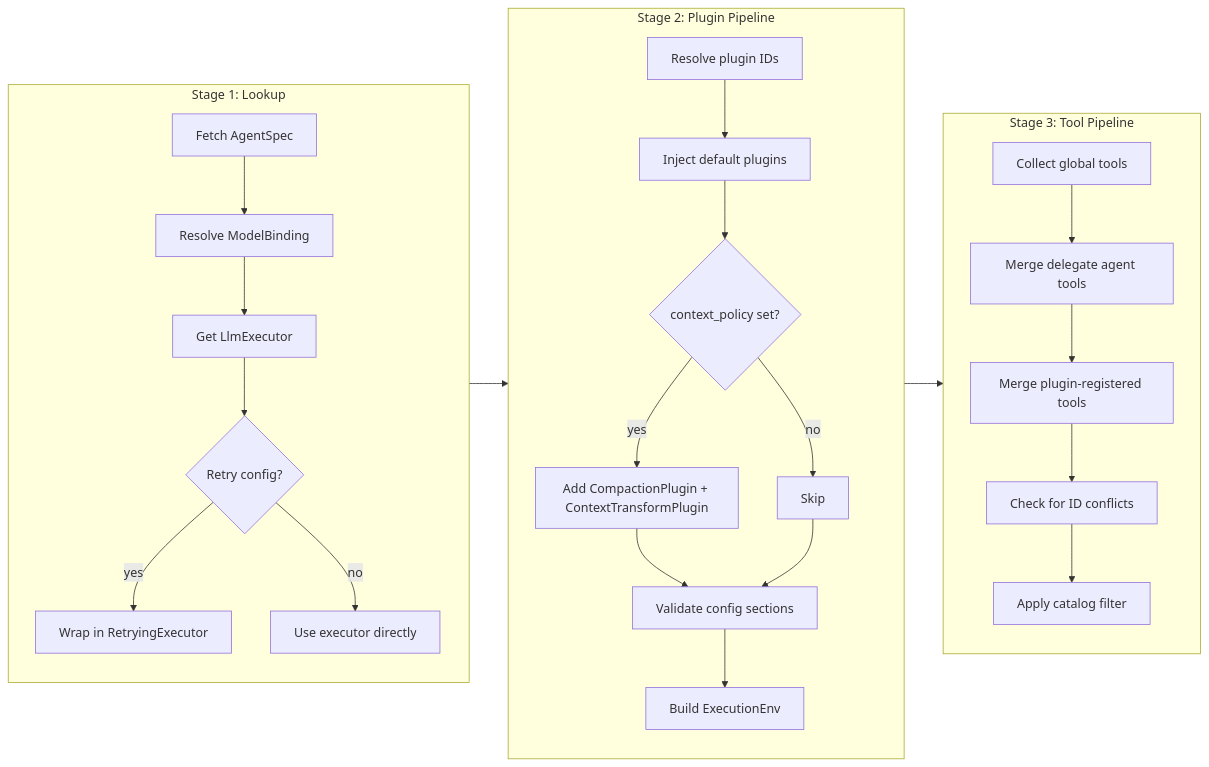
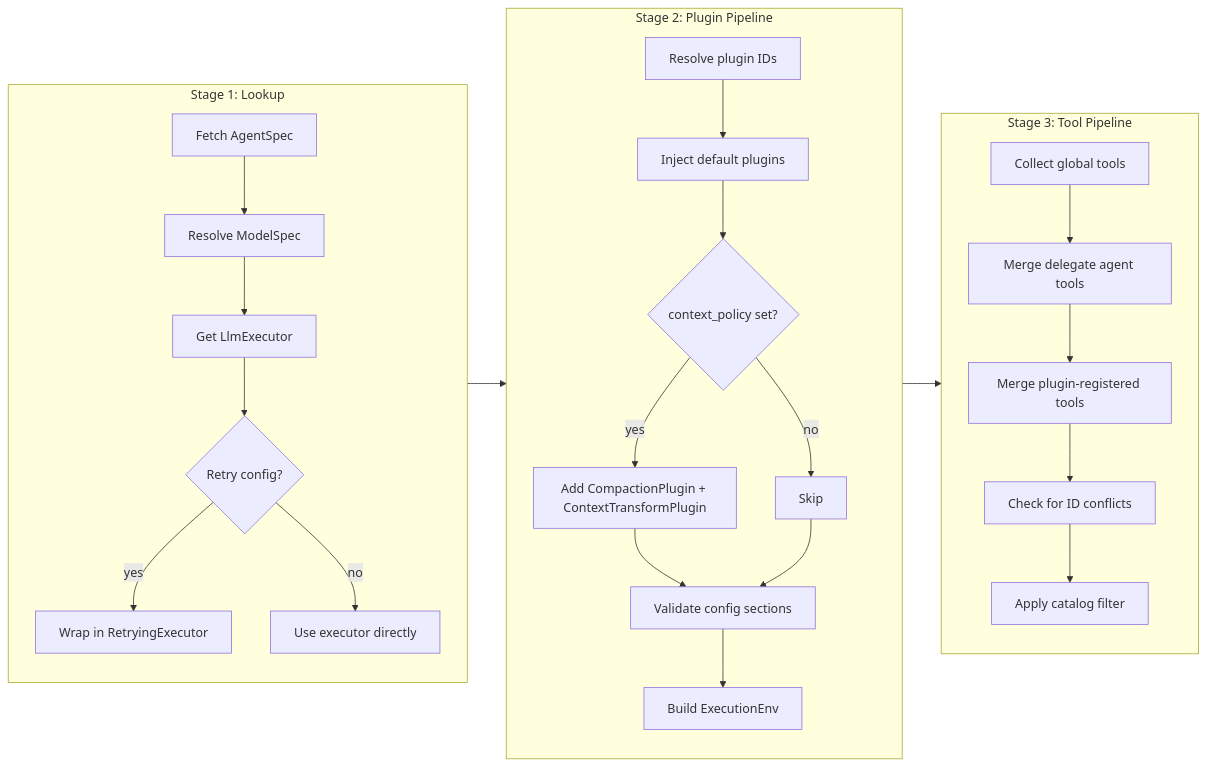
One commit to awakenworks/awaken changed the diagram in apps/www/src/content/docs/explanation/agent-resolution.md. Above: the diagram before and after it, drawn with Mermaid. The commit also changed other lines of this file and 59 other files, not shown here.

Commit message:
📝 docs(model-spec): document ModelSpec unification across guides and changelog

````diff
--- a/apps/www/src/content/docs/explanation/agent-resolution.md
+++ b/apps/www/src/content/docs/explanation/agent-resolution.md
@@ -12,29 +12,29 @@
 ```mermaid
 flowchart LR
     subgraph Stage1["Stage 1: Lookup"]
-        A1[Fetch AgentSpec] --> A2[Resolve ModelBinding]
+        A1[Fetch AgentSpec] --> A2[Resolve ModelSpec]
         A2 --> A3[Get LlmExecutor]
         A3 --> A4{Retry config?}
         A4 -- yes --> A5[Wrap in RetryingExecutor]
         A4 -- no --> A6[Use executor directly]
     end
 
     subgraph Stage2["Stage 2: Plugin Pipeline"]
         B1[Resolve plugin IDs] --> B2[Inject default plugins]
         B2 --> B3{context_policy set?}
         B3 -- yes --> B4[Add CompactionPlugin + ContextTransformPlugin]
         B3 -- no --> B5[Skip]
         B4 --> B6[Validate config sections]
         B5 --> B6
         B6 --> B7[Build ExecutionEnv]
     end
 
     subgraph Stage3["Stage 3: Tool Pipeline"]
         C1[Collect global tools] --> C2[Merge delegate agent tools]
         C2 --> C3[Merge plugin-registered tools]
         C3 --> C4[Check for ID conflicts]
         C4 --> C5[Apply catalog filter]
     end
 
     Stage1 --> Stage2 --> Stage3
 ```
````
